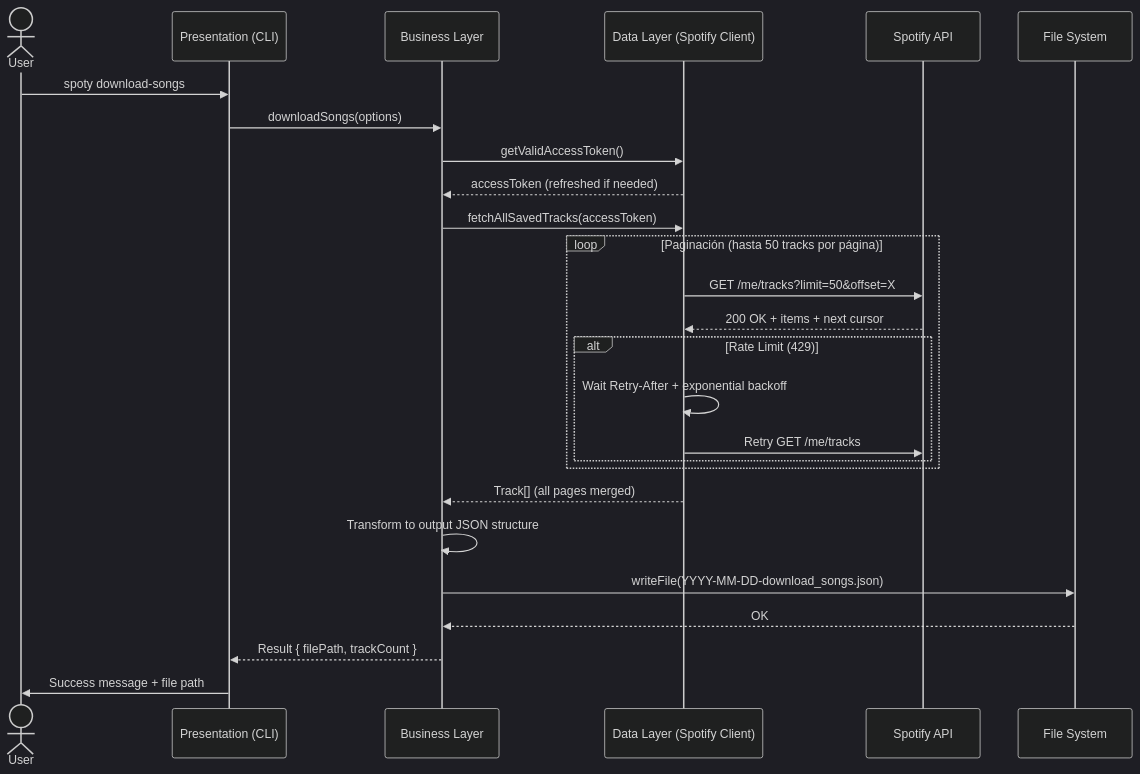
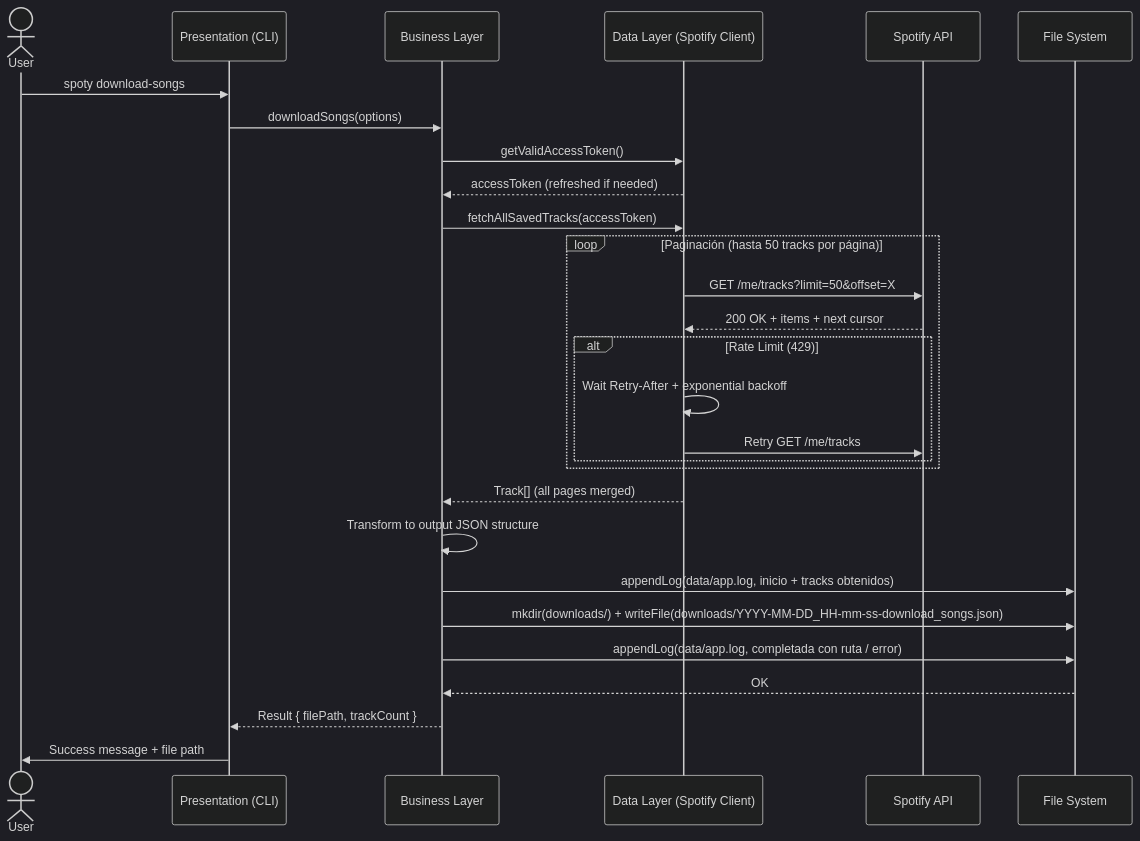
The diagram in specs/002-download-songs/SPECS.md (mmramire/spoty2), drawn with Mermaid (dark theme) before and after one commit. The commit also changed other lines of this file and 10 other files, not shown here.

````diff
--- a/specs/002-download-songs/SPECS.md
+++ b/specs/002-download-songs/SPECS.md
@@ -109,31 +152,33 @@
 ```mermaid
 sequenceDiagram
     actor User
     participant CLI as Presentation (CLI)
     participant Business as Business Layer
     participant Data as Data Layer (Spotify Client)
     participant Spotify as Spotify API
     participant FS as File System
 
     User->>CLI: spoty download-songs
     CLI->>Business: downloadSongs(options)
     Business->>Data: getValidAccessToken()
     Data-->>Business: accessToken (refreshed if needed)
     Business->>Data: fetchAllSavedTracks(accessToken)
     
     loop Paginación (hasta 50 tracks por página)
         Data->>Spotify: GET /me/tracks?limit=50&offset=X
         Spotify-->>Data: 200 OK + items + next cursor
         alt Rate Limit (429)
             Data->>Data: Wait Retry-After + exponential backoff
             Data->>Spotify: Retry GET /me/tracks
         end
     end
     
     Data-->>Business: Track[] (all pages merged)
     Business->>Business: Transform to output JSON structure
-    Business->>FS: writeFile(YYYY-MM-DD-download_songs.json)
+    Business->>FS: appendLog(data/app.log, inicio + tracks obtenidos)
+    Business->>FS: mkdir(downloads/) + writeFile(downloads/YYYY-MM-DD_HH-mm-ss-download_songs.json)
+    Business->>FS: appendLog(data/app.log, completada con ruta / error)
     FS-->>Business: OK
     Business-->>CLI: Result { filePath, trackCount }
     CLI->>User: Success message + file path
 ```
````
